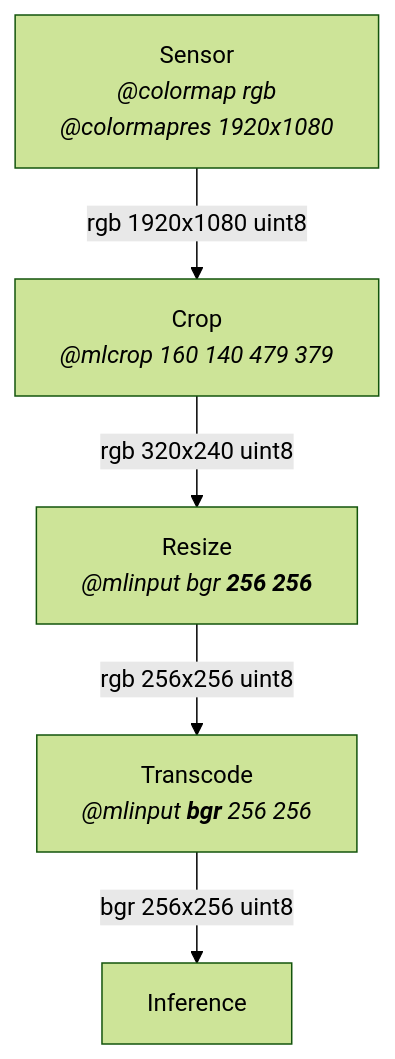
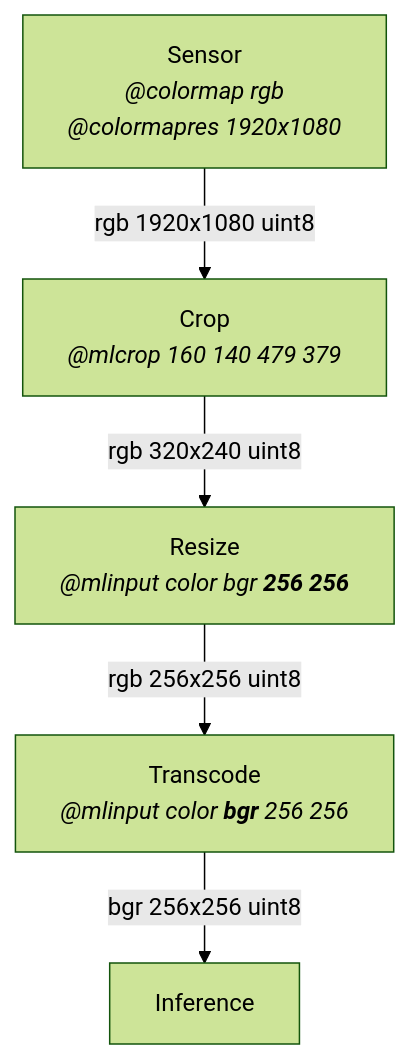
The diagram in docs/_max/attributes/mlinput.md (diablodale/dp.docs), drawn with Mermaid (forest theme) before and after one commit. The commit also changed other lines of this file, not shown here.

Commit message:
change @mlinput to only accept one color input

````diff
--- a/docs/_max/attributes/mlinput.md
+++ b/docs/_max/attributes/mlinput.md
@@ -78,16 +70,16 @@
 ```mermaid
 flowchart TD
     Sensor["`Sensor
     *@colormap rgb
     @colormapres 1920x1080*`"] -->|rgb 1920x1080 uint8| Crop
 
     Crop["`Crop
     *@mlcrop 160 140 479 379*
     `"] -->|rgb 320x240 uint8| Resize
     
     Resize["`Resize
-    *@mlinput bgr **256 256***`"] -->|rgb 256x256 uint8| Transcode
+    *@mlinput color bgr **256 256***`"] -->|rgb 256x256 uint8| Transcode
 
     Transcode["`Transcode
-    *@mlinput **bgr** 256 256*`"] --> |bgr 256x256 uint8| Inference
+    *@mlinput color **bgr** 256 256*`"] --> |bgr 256x256 uint8| Inference
 ```
````
